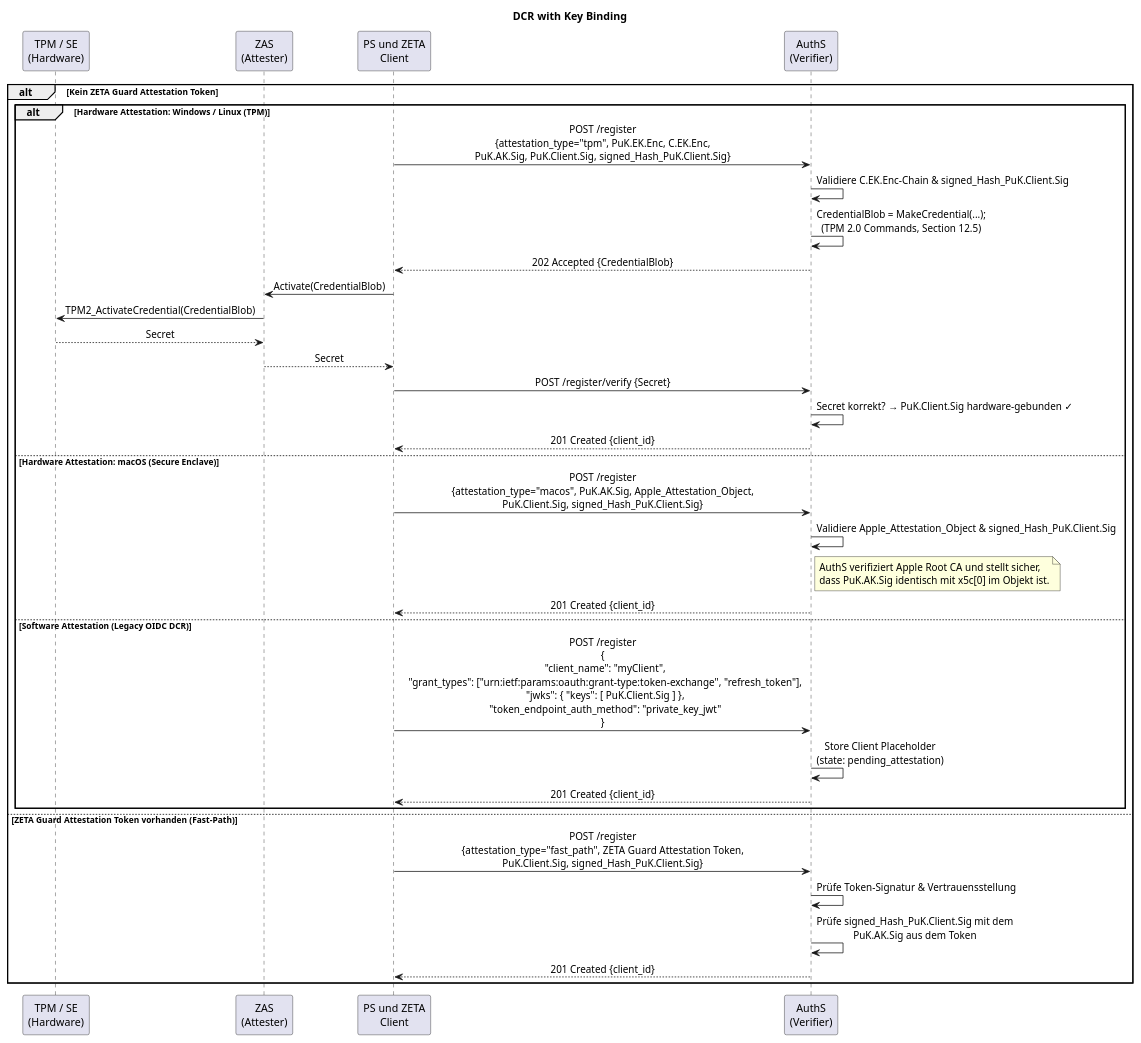
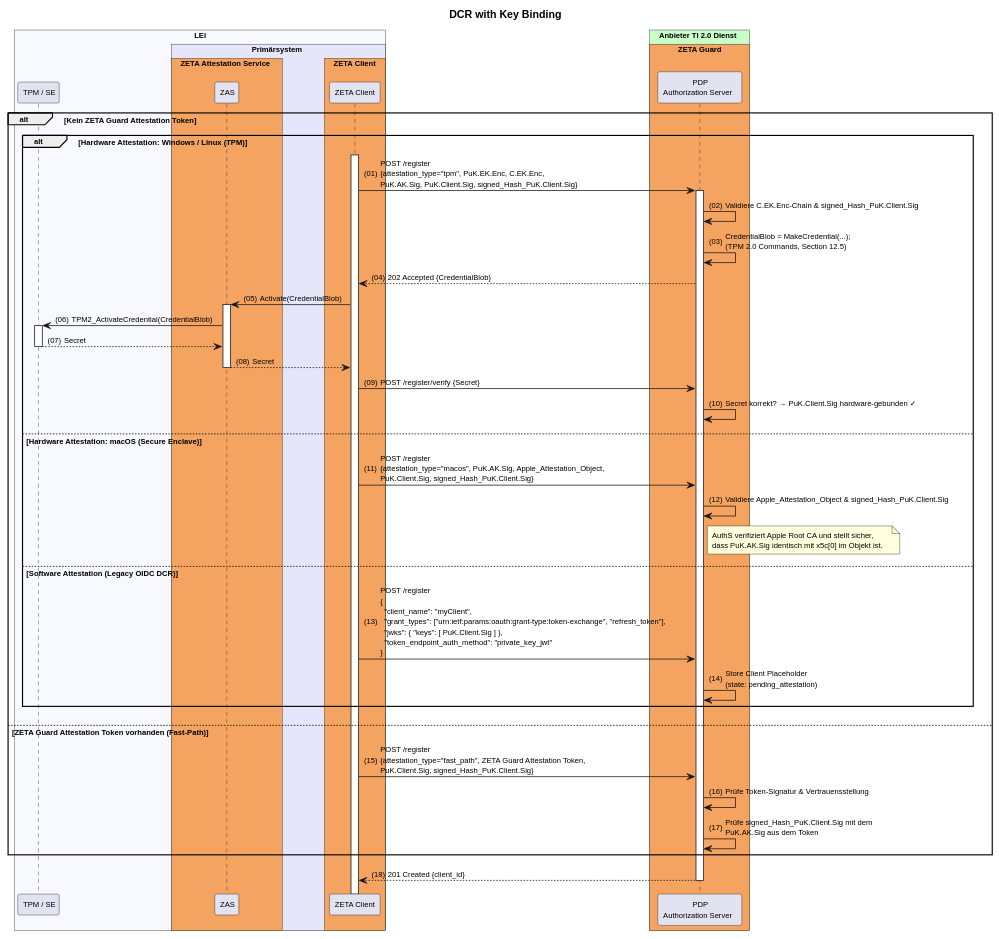
The diagram in src/plantuml/tmp/attestation-flows/dcr-with-key-binding.puml (gematik/zeta), drawn with PlantUML before and after one commit. The commit also changed 7 other files, not shown here.

Commit message:
refactor: update and standardize PlantUML flow diagrams and split token exchange flows

```diff
--- a/src/plantuml/tmp/attestation-flows/dcr-with-key-binding.puml
+++ b/src/plantuml/tmp/attestation-flows/dcr-with-key-binding.puml
@@ -1,45 +1,67 @@
 @startuml "dcr-with-key-binding"
-skinparam sequenceMessageAlign center
+autonumber "(00)"
+skinparam defaultFontSize 10
+skinparam defaultFontName Helvetica
+skinparam DefaultMonospacedFontName Courier
+skinparam lengthAdjust none
+skinparam sequenceReferenceBackgroundColor White
+skinparam SequenceReferenceFontSize 12
+skinparam sequenceMessageAlign left
+
 title DCR with Key Binding
 
-participant "TPM / SE\n(Hardware)" as TPM
-participant "ZAS\n(Attester)" as ZAS
-participant "PS und ZETA\nClient" as Client
-participant "AuthS\n(Verifier)" as AuthS
+!pragma teoz true
+
+box "LEI" #GhostWhite
+  participant "TPM / SE" as TPM
+  box "Primärsystem" #Lavender
+    box "ZETA Attestation Service" #SandyBrown
+      participant ZAS as "ZAS"
+    end box
+    box "ZETA Client" #SandyBrown
+        participant Client as "ZETA Client"
+    end box    
+  end box
+end box
+
+box "Anbieter TI 2.0 Dienst" #TECHNOLOGY
+  box "ZETA Guard" #SandyBrown
+    participant AuthS as "PDP\nAuthorization Server" 
+  end box
+end box
 
 alt Kein ZETA Guard Attestation Token
     alt Hardware Attestation: Windows / Linux (TPM)
-        Client -> AuthS: POST /register\n{attestation_type="tpm", PuK.EK.Enc, C.EK.Enc,\nPuK.AK.Sig, PuK.Client.Sig, signed_Hash_PuK.Client.Sig}
+        Client++
+        Client -> AuthS++: POST /register\n{attestation_type="tpm", PuK.EK.Enc, C.EK.Enc,\nPuK.AK.Sig, PuK.Client.Sig, signed_Hash_PuK.Client.Sig}
         AuthS -> AuthS: Validiere C.EK.Enc-Chain & signed_Hash_PuK.Client.Sig
         AuthS -> AuthS: CredentialBlob = MakeCredential(...);\n(TPM 2.0 Commands, Section 12.5)
         AuthS --> Client: 202 Accepted {CredentialBlob}
 
-        Client -> ZAS: Activate(CredentialBlob)
-        ZAS -> TPM: TPM2_ActivateCredential(CredentialBlob)
-        TPM --> ZAS: Secret
-        ZAS --> Client: Secret
+        Client -> ZAS++: Activate(CredentialBlob)
+        ZAS -> TPM++: TPM2_ActivateCredential(CredentialBlob)
+        TPM --> ZAS--: Secret
+        ZAS --> Client--: Secret
 
         Client -> AuthS: POST /register/verify {Secret}
         AuthS -> AuthS: Secret korrekt? → PuK.Client.Sig hardware-gebunden ✓
-        AuthS --> Client: 201 Created {client_id}
 
     else Hardware Attestation: macOS (Secure Enclave)
         Client -> AuthS: POST /register\n{attestation_type="macos", PuK.AK.Sig, Apple_Attestation_Object,\nPuK.Client.Sig, signed_Hash_PuK.Client.Sig}
         AuthS -> AuthS: Validiere Apple_Attestation_Object & signed_Hash_PuK.Client.Sig
         note right of AuthS: AuthS verifiziert Apple Root CA und stellt sicher,\ndass PuK.AK.Sig identisch mit x5c[0] im Objekt ist.
-        AuthS --> Client: 201 Created {client_id}
 
     else Software Attestation (Legacy OIDC DCR)
         Client -> AuthS: POST /register\n{\n  "client_name": "myClient",\n  "grant_types": ["urn:ietf:params:oauth:grant-type:token-exchange", "refresh_token"],\n  "jwks": { "keys": [ PuK.Client.Sig ] },\n  "token_endpoint_auth_method": "private_key_jwt"\n}
         AuthS -> AuthS: Store Client Placeholder\n(state: pending_attestation)
-        AuthS --> Client: 201 Created {client_id}
     end
 
 else ZETA Guard Attestation Token vorhanden (Fast-Path)
     Client -> AuthS: POST /register\n{attestation_type="fast_path", ZETA Guard Attestation Token,\nPuK.Client.Sig, signed_Hash_PuK.Client.Sig}
     AuthS -> AuthS: Prüfe Token-Signatur & Vertrauensstellung
     AuthS -> AuthS: Prüfe signed_Hash_PuK.Client.Sig mit dem\nPuK.AK.Sig aus dem Token
-    AuthS --> Client: 201 Created {client_id}
 end
 
+AuthS --> Client--: 201 Created {client_id}
+
 @enduml
```
